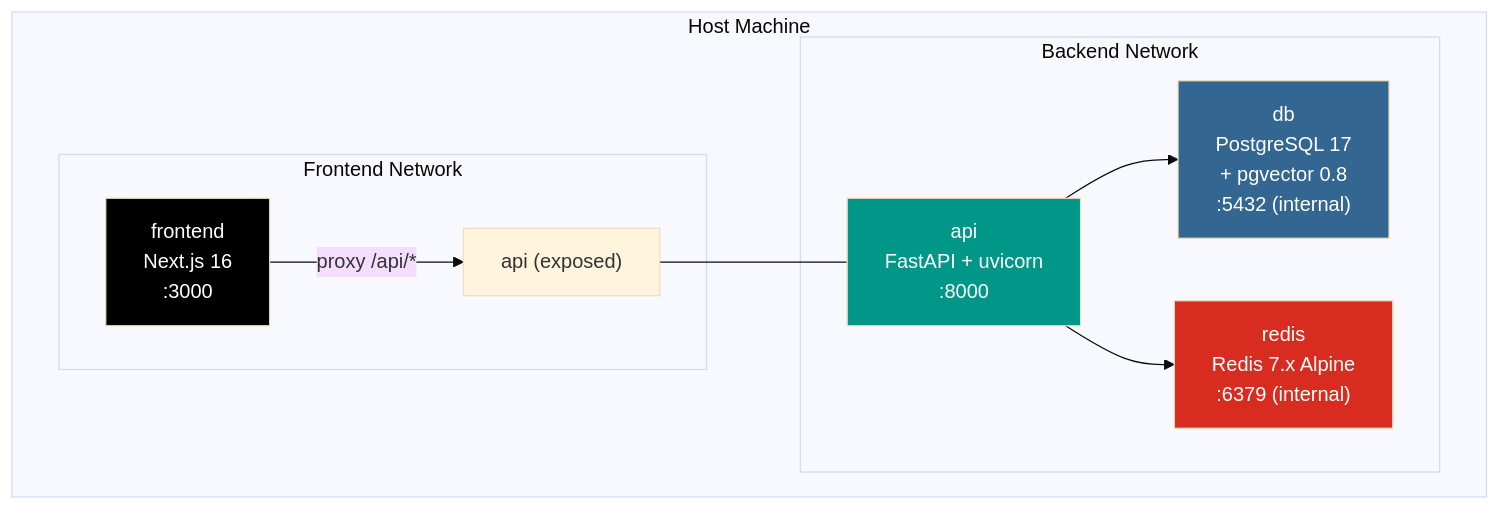
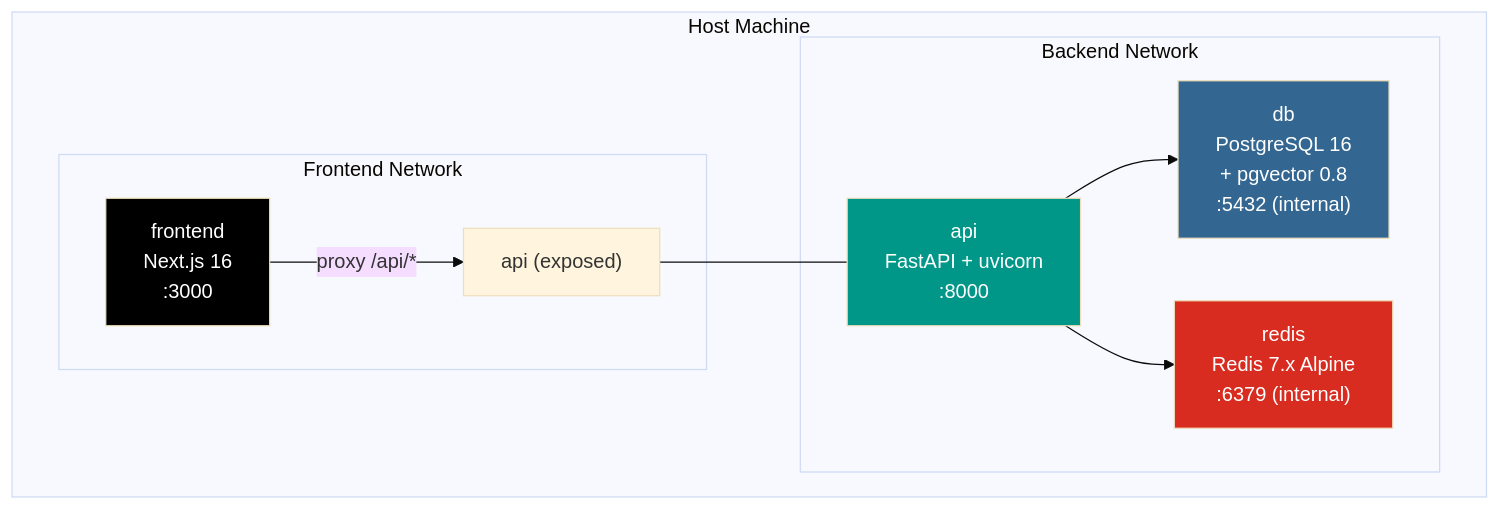
Before and after one commit to rafaelob/aiLine: the seventh of 8 diagrams in docs/architecture-diagram.md, drawn with Mermaid (base theme). The commit also changed other lines of this file and 172 other files, not shown here.

````diff
--- a/docs/architecture-diagram.md
+++ b/docs/architecture-diagram.md
@@ -255,25 +255,25 @@
 ```mermaid
 graph TB
     subgraph Host["Host Machine"]
         subgraph FrontendNet["Frontend Network"]
             FE["frontend<br/>Next.js 16<br/>:3000"]
             API2["api (exposed)"]
         end
 
         subgraph BackendNet["Backend Network"]
             API["api<br/>FastAPI + uvicorn<br/>:8000"]
-            DB["db<br/>PostgreSQL 17<br/>+ pgvector 0.8<br/>:5432 (internal)"]
+            DB["db<br/>PostgreSQL 16<br/>+ pgvector 0.8<br/>:5432 (internal)"]
             RD["redis<br/>Redis 7.x Alpine<br/>:6379 (internal)"]
         end
     end
 
     FE -- "proxy /api/*" --> API2
     API2 --- API
     API --> DB
     API --> RD
 
     style DB fill:#336791,color:#fff
     style RD fill:#d82c20,color:#fff
     style API fill:#009688,color:#fff
     style FE fill:#000,color:#fff
 ```
````
